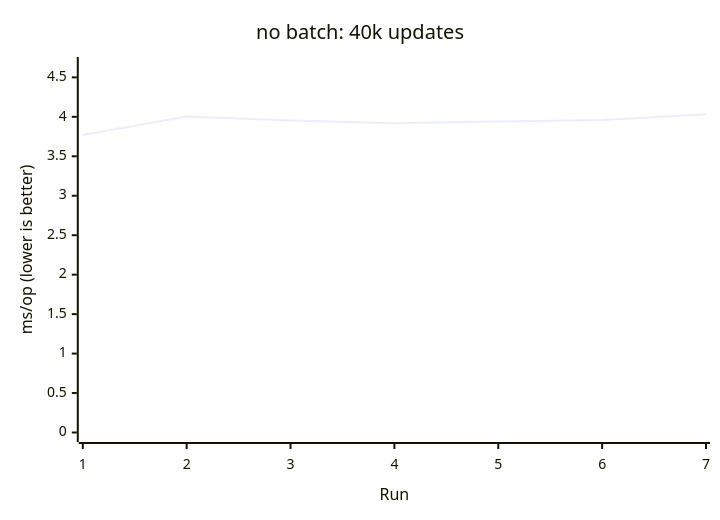
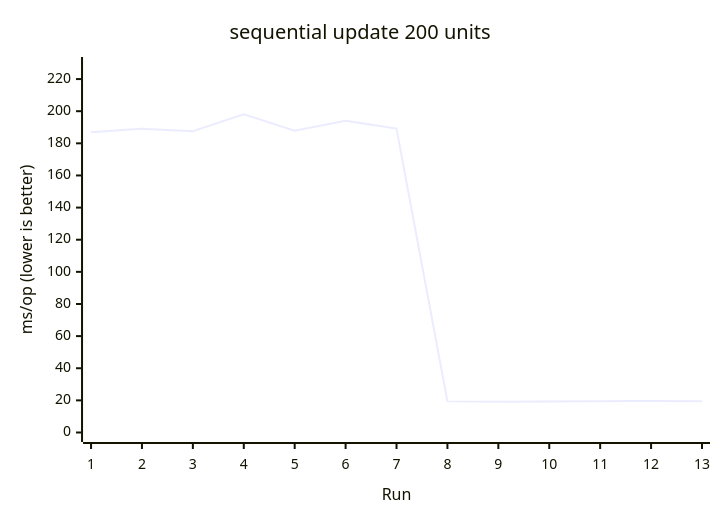
One commit to AIluffy/io changed diagram 11 of 17 in apps/docs/src/content/docs/en/guides/benchmark.mdx. Above: the diagram before and after it, drawn with Mermaid. The commit also changed other lines of this file and 11 other files, not shown here.

````diff
--- a/apps/docs/src/content/docs/en/guides/benchmark.mdx
+++ b/apps/docs/src/content/docs/en/guides/benchmark.mdx
@@ -238,7 +325,7 @@
 ```mermaid
 xychart-beta
-  title "no batch: 40k updates"
-  x-axis "Run" [1, 2, 3, 4, 5, 6, 7]
-  y-axis "ms/op (lower is better)" 0 --> 4.6377
-  line [3.7705, 4.0045, 3.9537, 3.919, 3.9399, 3.9601, 4.0328]
+  title "sequential update 200 units"
+  x-axis "Run" [1, 2, 3, 4, 5, 6, 7, 8, 9, 10, 11, 12, 13]
+  y-axis "ms/op (lower is better)" 0 --> 227.822
+  line [186.9116, 189.1437, 187.5276, 198.1061, 187.8507, 193.992, 189.2093, 19.3745, 19.157, 19.247, 19.5097, 19.665, 19.4525]
 ```
````
